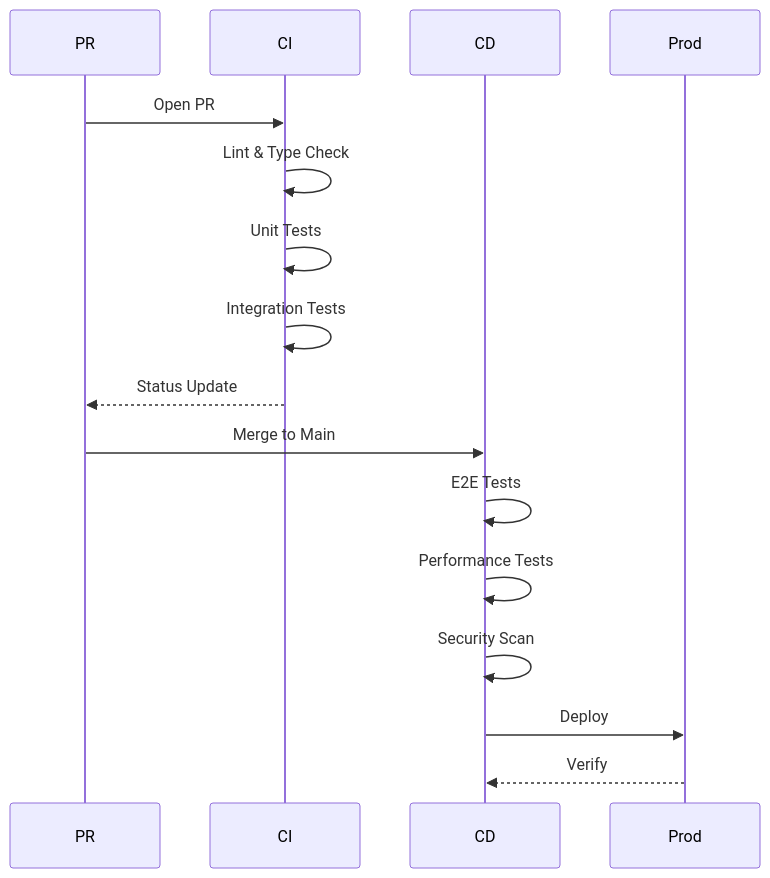
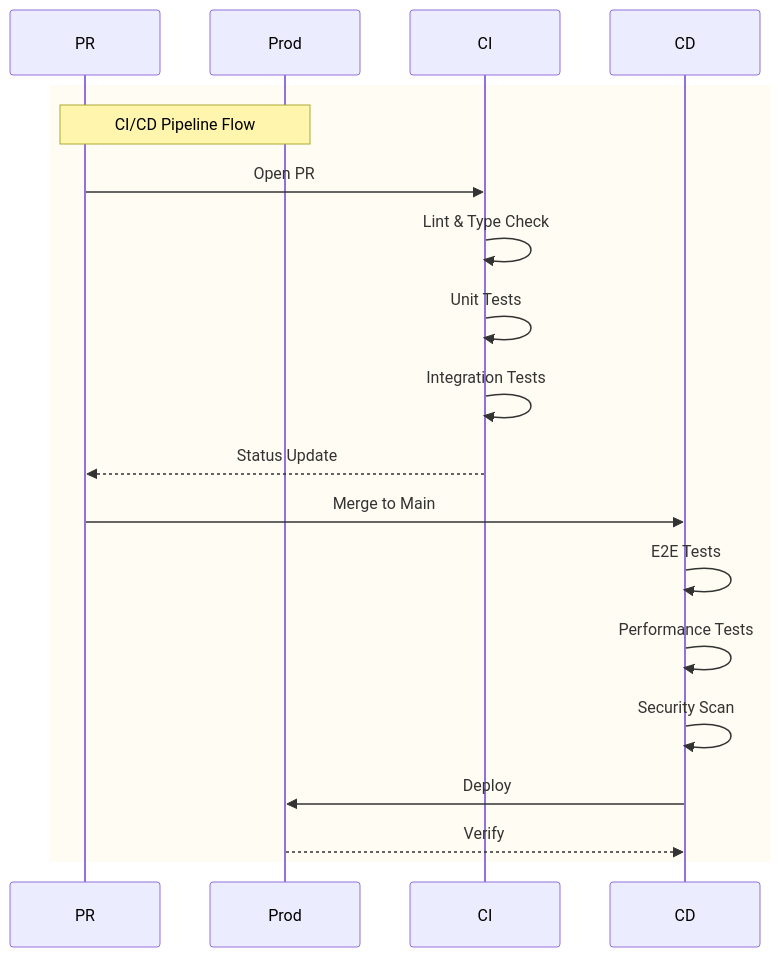
One commit to codevibesmatter/admin-cloudflare changed diagram 11 of 12 in docs/ARCHITECTURE.md. Above: the diagram before and after it, drawn with Mermaid. The commit also changed other lines of this file and 18 other files, not shown here.

````diff
--- a/docs/ARCHITECTURE.md
+++ b/docs/ARCHITECTURE.md
@@ -664,20 +679,23 @@
 ```mermaid
 sequenceDiagram
-    participant PR
-    participant CI
-    participant CD
-    participant Prod
+    rect rgb(255, 253, 243)
+        Note over PR,Prod: CI/CD Pipeline Flow
+        participant PR
+        participant CI
+        participant CD
+        participant Prod
 
-    PR->>CI: Open PR
-    CI->>CI: Lint & Type Check
-    CI->>CI: Unit Tests
-    CI->>CI: Integration Tests
-    CI-->>PR: Status Update
-    
-    PR->>CD: Merge to Main
-    CD->>CD: E2E Tests
-    CD->>CD: Performance Tests
-    CD->>CD: Security Scan
-    CD->>Prod: Deploy
-    Prod-->>CD: Verify
+        PR->>CI: Open PR
+        CI->>CI: Lint & Type Check
+        CI->>CI: Unit Tests
+        CI->>CI: Integration Tests
+        CI-->>PR: Status Update
+        
+        PR->>CD: Merge to Main
+        CD->>CD: E2E Tests
+        CD->>CD: Performance Tests
+        CD->>CD: Security Scan
+        CD->>Prod: Deploy
+        Prod-->>CD: Verify
+    end
 ```
````
